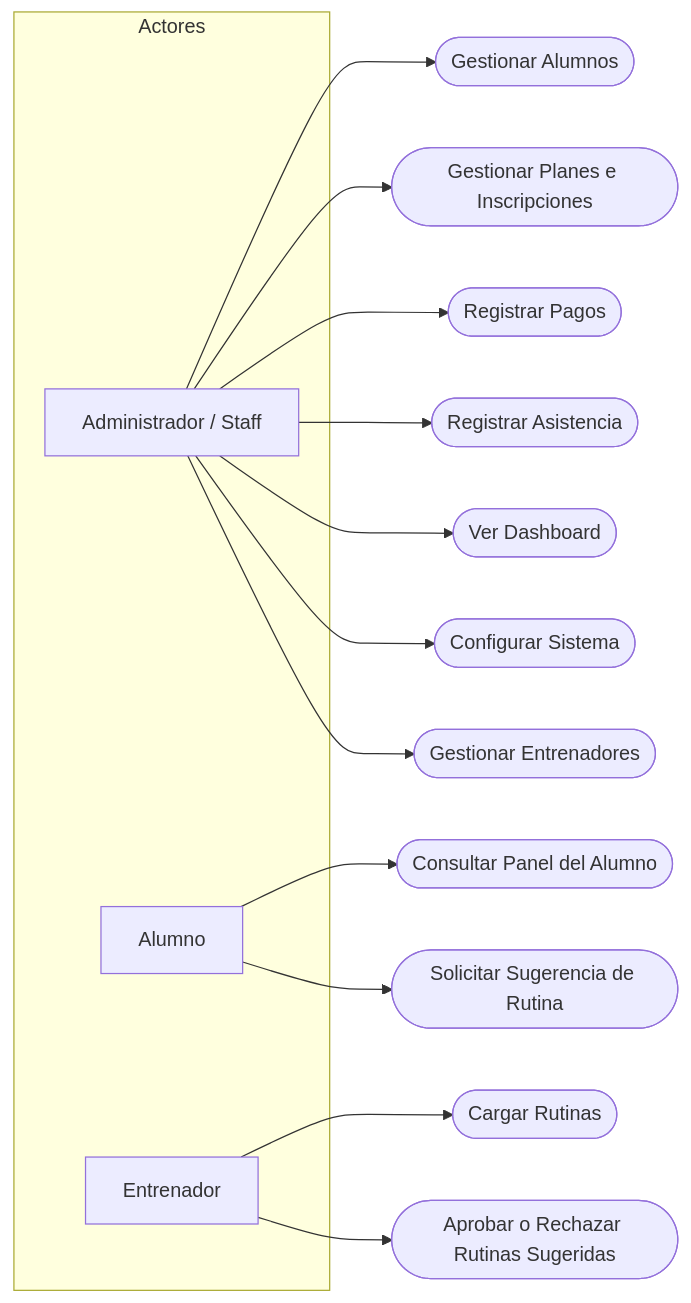
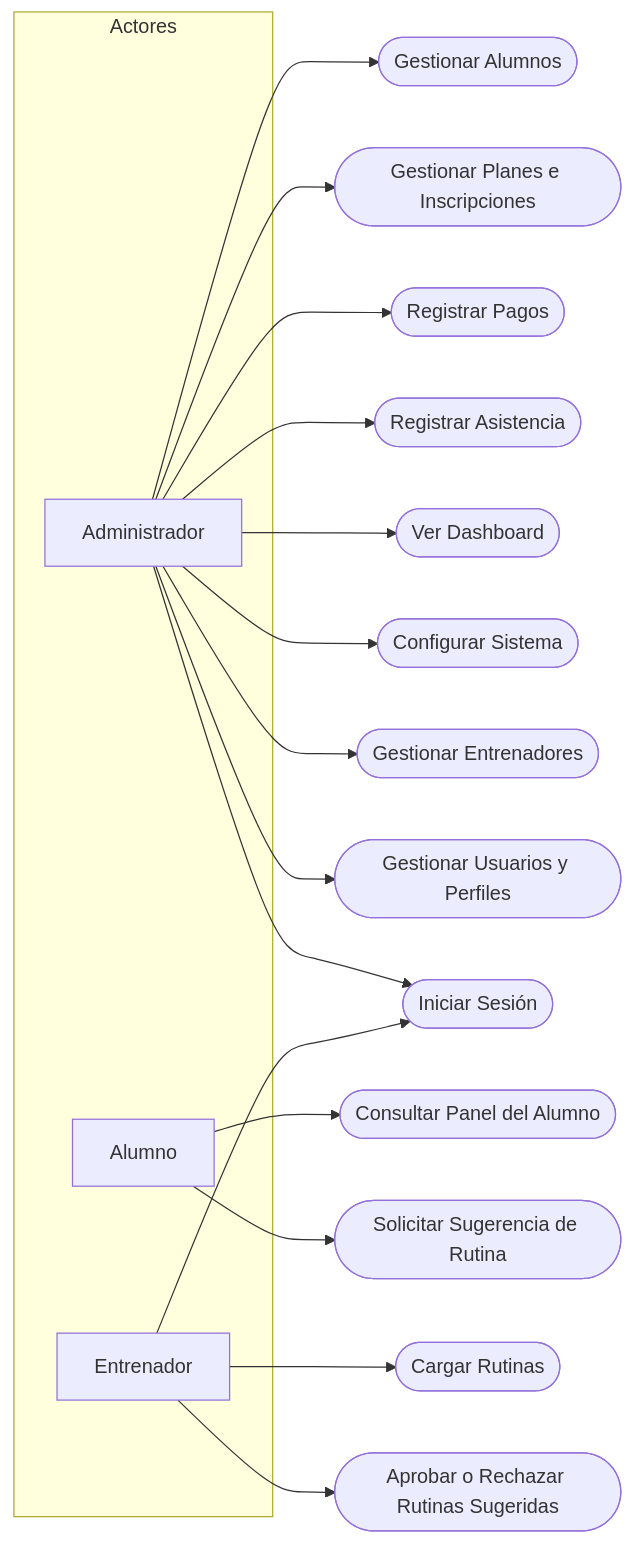
The diagram in docs/casos_de_uso.md (pao41/Trabajo-Final-Integrador), drawn with Mermaid before and after one commit. The commit also changed other lines of this file, not shown here.

Commit message:
actualizar casos de uso con inicio de sesion y gestion de usuarios

````diff
--- a/docs/casos_de_uso.md
+++ b/docs/casos_de_uso.md
@@ -11,19 +13,22 @@
 ```mermaid
 flowchart LR
     subgraph Actores
-        A[Administrador / Staff]
+        A[Administrador]
         AL[Alumno]
         E[Entrenador]
     end
     A --> UC1([Gestionar Alumnos])
     A --> UC2([Gestionar Planes e Inscripciones])
     A --> UC3([Registrar Pagos])
     A --> UC4([Registrar Asistencia])
     A --> UC5([Ver Dashboard])
     A --> UC6([Configurar Sistema])
     A --> UC7([Gestionar Entrenadores])
+    A --> UC12([Gestionar Usuarios y Perfiles])
+    A --> UC13([Iniciar Sesión])
     AL --> UC8([Consultar Panel del Alumno])
     AL --> UC9([Solicitar Sugerencia de Rutina])
     E --> UC10([Cargar Rutinas])
     E --> UC11([Aprobar o Rechazar Rutinas Sugeridas])
+    E --> UC13
 ```
````
